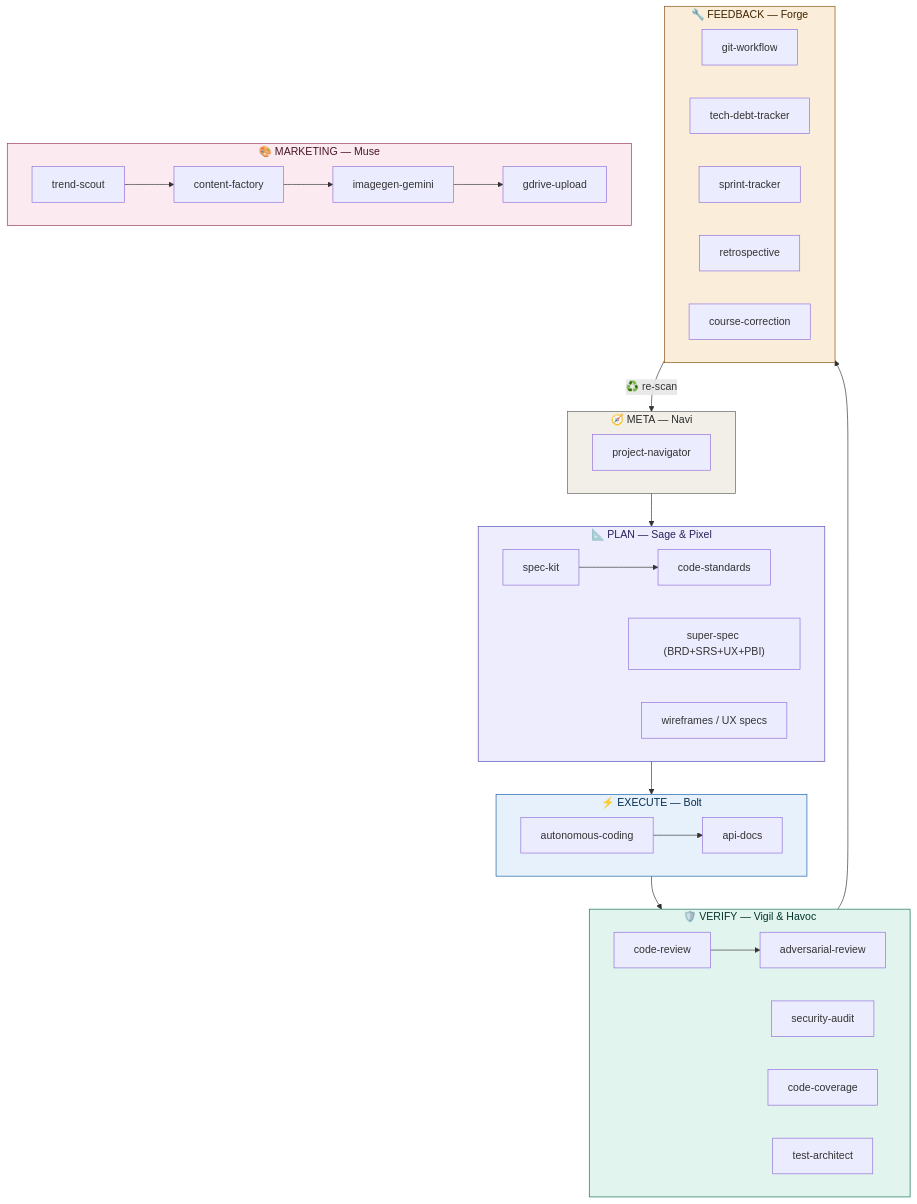
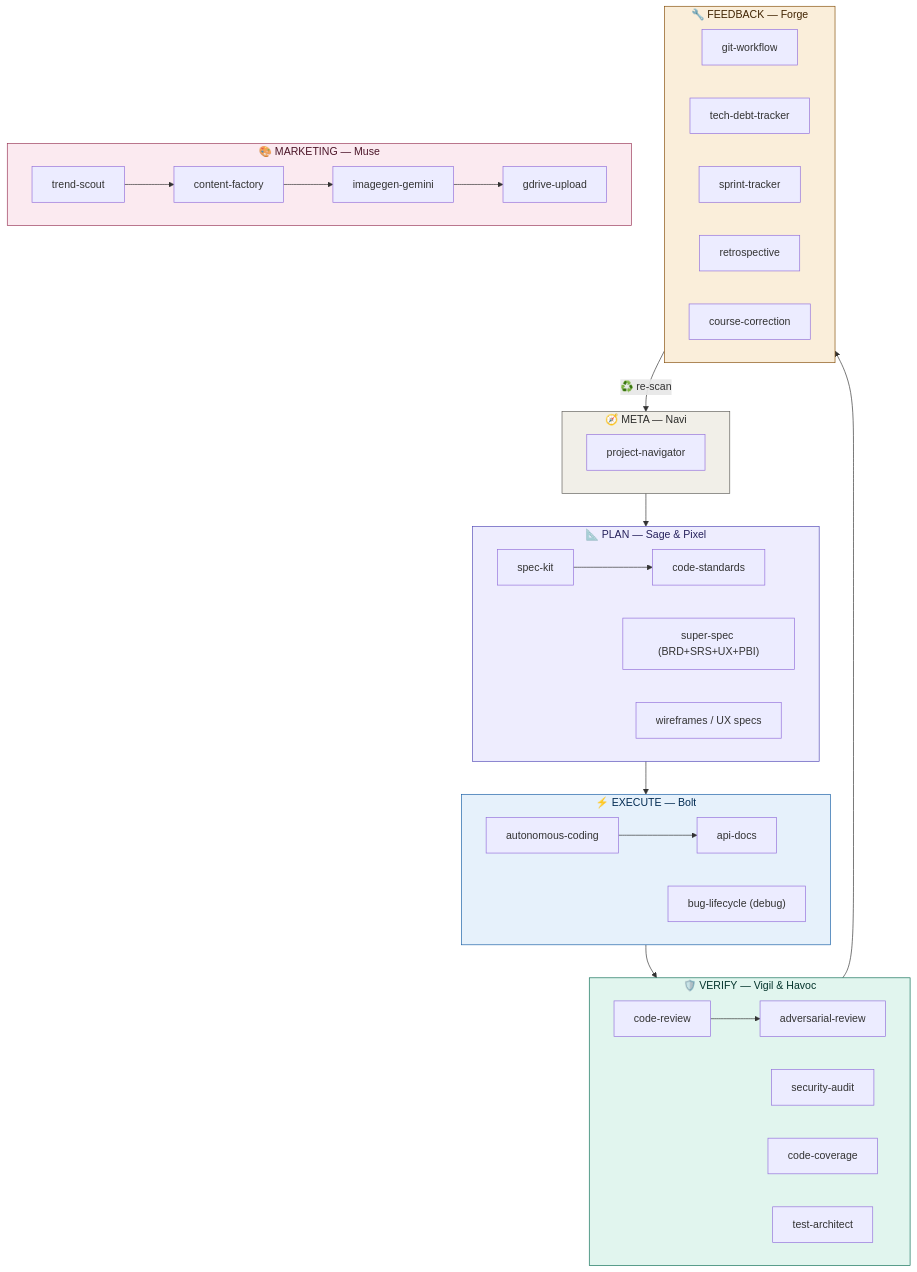
One commit to mr-phariyawit/AEGIS changed the second of 25 diagrams in README.md. Above: the diagram before and after it, drawn with Mermaid. The commit also changed other lines of this file, not shown here.

````diff
--- a/README.md
+++ b/README.md
@@ -32,47 +32,48 @@
 ```mermaid
 graph TB
     subgraph META["🧭 META — Navi"]
         NAV["project-navigator"]
     end
 
     subgraph PLAN["📐 PLAN — Sage & Pixel"]
         SK["spec-kit"] --> CS["code-standards"]
         SS["super-spec (BRD+SRS+UX+PBI)"]
         PX["wireframes / UX specs"]
     end
 
     subgraph EXECUTE["⚡ EXECUTE — Bolt"]
         AC["autonomous-coding"] --> AD["api-docs"]
+        BL["bug-lifecycle (debug)"]
     end
 
     subgraph VERIFY["🛡️ VERIFY — Vigil & Havoc"]
         CR["code-review"] --> AR["adversarial-review"]
         SA["security-audit"]
         CC["code-coverage"]
         TA["test-architect"]
     end
 
     subgraph FEEDBACK["🔧 FEEDBACK — Forge"]
         GW["git-workflow"]
         TD["tech-debt-tracker"]
         ST["sprint-tracker"]
         RT["retrospective"]
         CO["course-correction"]
     end
 
     subgraph MARKETING["🎨 MARKETING — Muse"]
         TS["trend-scout"] --> CF["content-factory"]
         CF --> IG["imagegen-gemini"]
         IG --> GD["gdrive-upload"]
     end
 
     META --> PLAN --> EXECUTE --> VERIFY --> FEEDBACK
     FEEDBACK -->|"♻️ re-scan"| META
 
     style META fill:#F1EFE8,stroke:#5F5E5A,color:#2C2C2A
     style PLAN fill:#EEEDFE,stroke:#534AB7,color:#26215C
     style EXECUTE fill:#E6F1FB,stroke:#185FA5,color:#042C53
     style VERIFY fill:#E1F5EE,stroke:#0F6E56,color:#04342C
     style FEEDBACK fill:#FAEEDA,stroke:#854F0B,color:#412402
     style MARKETING fill:#FBEAF0,stroke:#993556,color:#4B1528
 ```
````
